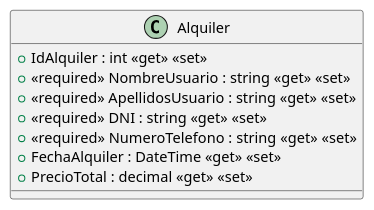
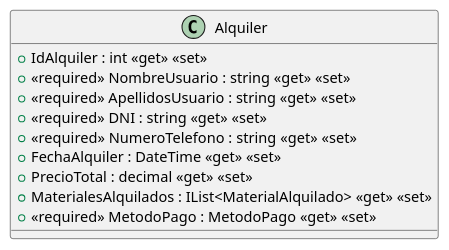
Before and after one commit to EQUIPO-AJR-IS-2/ISII2627EquipoAJR: the diagram in src/AppForSEII.API/ClassDiagram/Alquiler.puml, drawn with PlantUML. The commit also changed 7 other files, not shown here.

Commit message:
Clase MaterialAlquilado y sus relaciones con Alquiler y Material añadidas correctamente.

```diff
--- a/src/AppForSEII.API/ClassDiagram/Alquiler.puml
+++ b/src/AppForSEII.API/ClassDiagram/Alquiler.puml
@@ -1,11 +1,13 @@
 @startuml
 class Alquiler {
     + IdAlquiler : int <<get>> <<set>>
     + <<required>> NombreUsuario : string <<get>> <<set>>
     + <<required>> ApellidosUsuario : string <<get>> <<set>>
     + <<required>> DNI : string <<get>> <<set>>
     + <<required>> NumeroTelefono : string <<get>> <<set>>
     + FechaAlquiler : DateTime <<get>> <<set>>
     + PrecioTotal : decimal <<get>> <<set>>
+    + MaterialesAlquilados : IList<MaterialAlquilado> <<get>> <<set>>
+    + <<required>> MetodoPago : MetodoPago <<get>> <<set>>
 }
 @enduml
```
